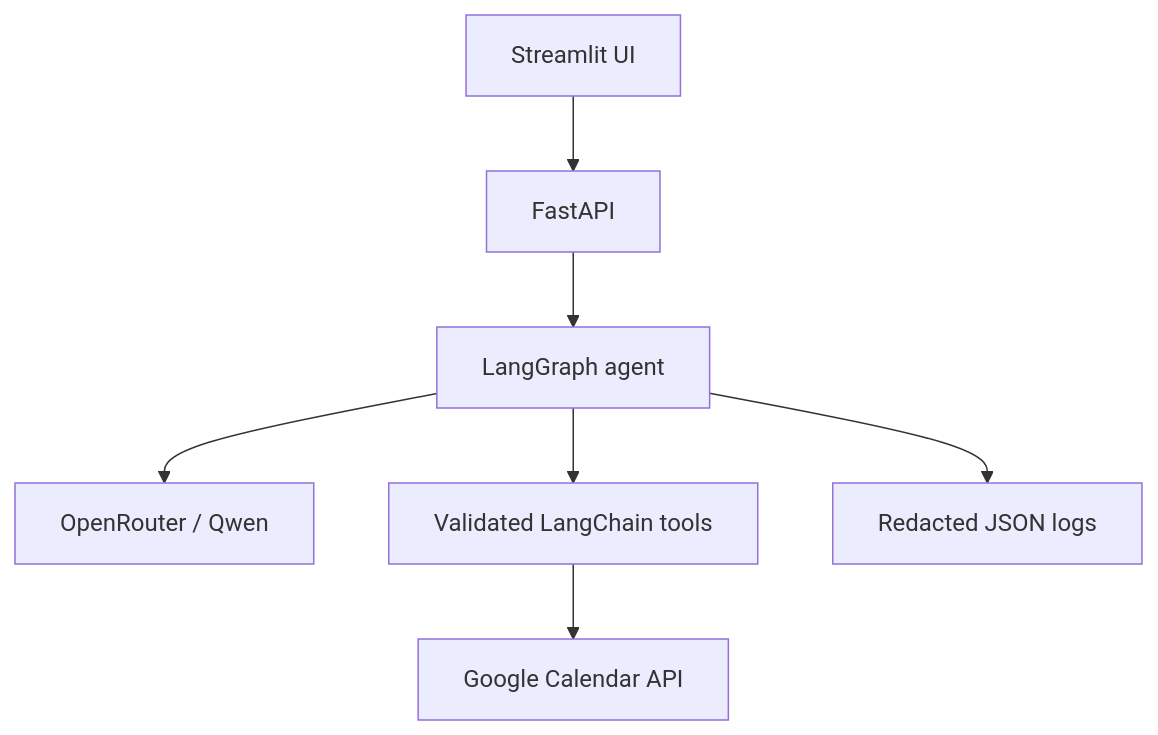
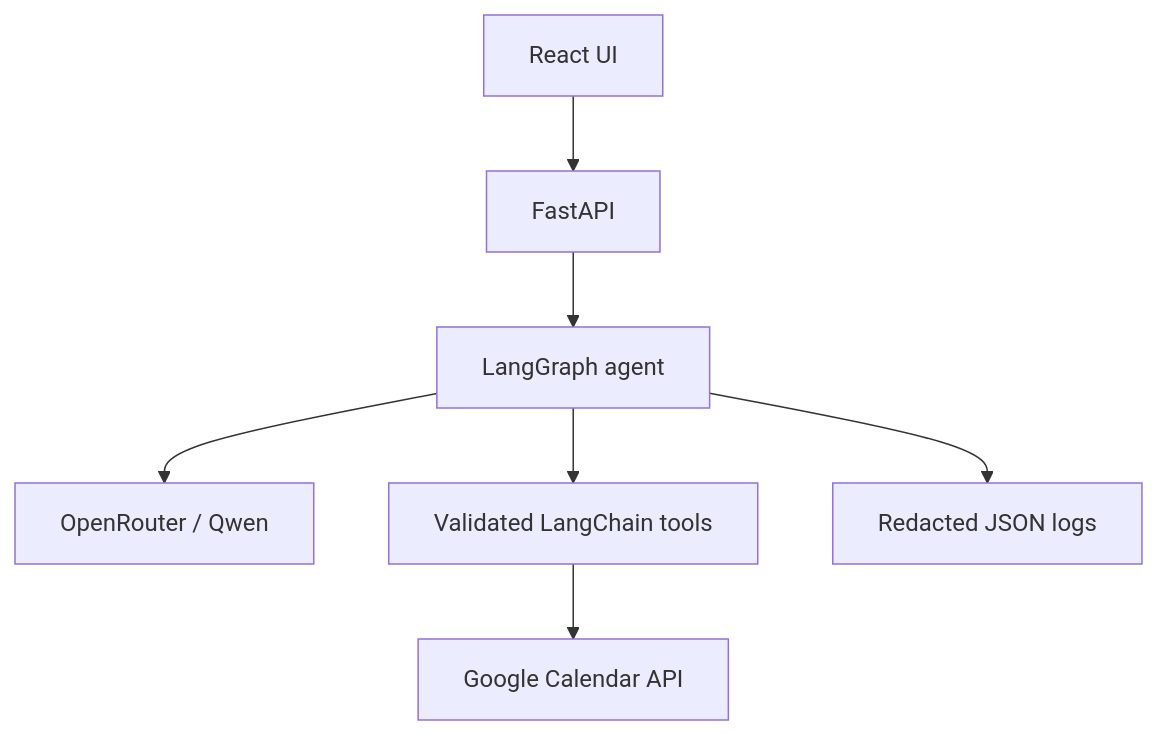
Before and after one commit to Srishanth0902/Task-Pilot: the diagram in README.md, drawn with Mermaid. The commit also changed other lines of this file and 21 other files, not shown here.

````diff
--- a/README.md
+++ b/README.md
@@ -41,9 +41,9 @@
 ```mermaid
 flowchart TD
-    UI[Streamlit UI] --> API[FastAPI]
+    UI[React UI] --> API[FastAPI]
     API --> GRAPH[LangGraph agent]
     GRAPH --> LLM[OpenRouter / Qwen]
     GRAPH --> TOOLS[Validated LangChain tools]
     TOOLS --> GCAL[Google Calendar API]
     GRAPH --> LOGS[Redacted JSON logs]
 ```
````
